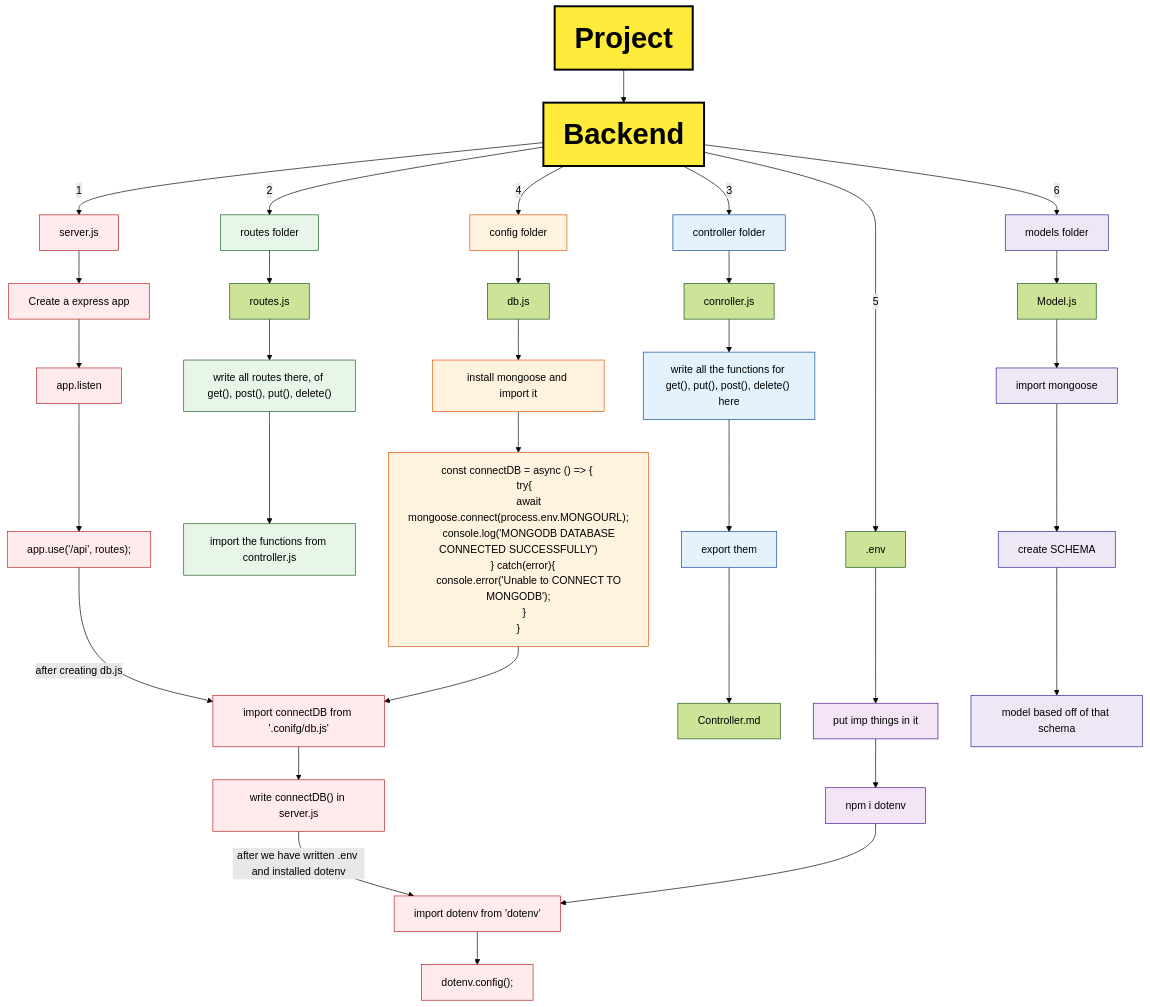
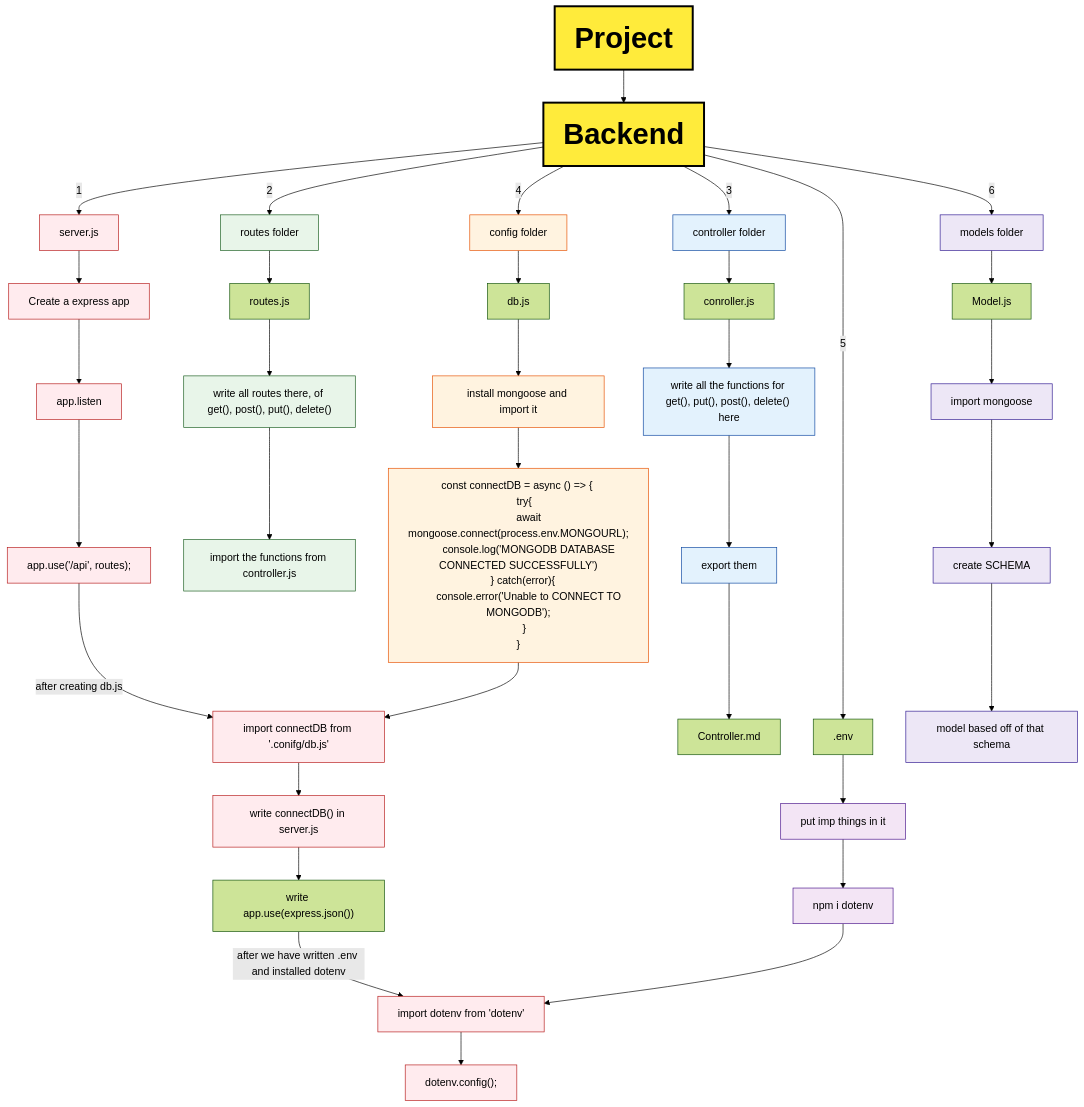
One commit to PranavsinghYeotikar/freeCodeCampMern changed the diagram in README/Workflow/Workflow.md. Above: the diagram before and after it, drawn with Mermaid (forest theme). The commit also changed 7 other files, not shown here.

````diff
--- a/README/Workflow/Workflow.md
+++ b/README/Workflow/Workflow.md
@@ -4,53 +4,70 @@
 ```mermaid
 flowchart TD
 
-A[Project] --> B[Backend] -- 1 --> C[server.js] --> D[Create a express app] --> E[app.listen] --> F["app.use('/api', routes);"] -- "after creating db.js" --> P[import connectDB from '.conifg/db.js'] --> Q["write connectDB() in server.js"] -- "after we have written .env and installed dotenv" --> T[import dotenv from 'dotenv'] --> U["dotenv.config();"]
+A[Project] --> B[Backend] -- 1 --> C[server.js] --> D[Create a express app] --> E[app.listen] --> F["app.use('/api', routes);"] -- "after creating db.js" --> P[import connectDB from '.conifg/db.js'] --> Q["write connectDB() in server.js"] --> AA["write app.use(express.json())"] -- "after we have written .env and installed dotenv" --> T[import dotenv from 'dotenv'] --> U["dotenv.config();"]
 
 B[Backend] -- 2 --> G[routes folder] --> routes.js --> H["write all routes there, of get(), post(), put(), delete()"] --> I[import the functions from controller.js]
 
 B[Backend] -- 3 --> J[controller folder] --> conroller.js --> K["write all the functions for get(), put(), post(), delete() here"] --> L[export them] --> Controller.md
 
 B[Backend] -- 4 --> M[config folder] --> db.js --> N[install mongoose and import it] 
 N[install mongoose and import it] --> O["const connectDB = async () => { 
     try{
         await mongoose.connect(process.env.MONGOURL);
         console.log('MONGODB DATABASE CONNECTED SUCCESSFULLY')
     } catch(error){ 
         console.error('Unable to CONNECT TO MONGODB');
     }
 }"] --> P
 
 B[Backend] -- 5 --> .env --> R[put imp things in it] --> S[npm i dotenv] --> T
 
 B[Backend] -- 6 --> V[models folder] --> Model.js --> W[import mongoose] --> X[create SCHEMA] --> Y[model based off of that schema]
+
+
+
+
+
+
+
+
+
+
+
+
+
+
+
+
+
 
 %% Default: Big + Bold for everyone
 classDef bigBold font-size:32px,font-weight:bold,stroke:#333,stroke-width:2px;
 
 %% Super Big for A & B
 classDef superBig font-size:44px,font-weight:bolder,stroke:#000,stroke-width:3px,fill:#ffeb3b;
 
 %% Apply classes
 class * bigBold;
 class A,B superBig;
 
 %% Section Colors (to keep contrast)
 classDef server fill:#ffebee,stroke:#b71c1c,color:#000;
 classDef routes fill:#e8f5e9,stroke:#1b5e20,color:#000;
 classDef controller fill:#e3f2fd,stroke:#0d47a1,color:#000;
 classDef config fill:#fff3e0,stroke:#e65100,color:#000;
 classDef env fill:#f3e5f5,stroke:#4a148c,color:#000;
 classDef models fill:#ede7f6,stroke:#311b92,color:#000;
 
 %% Apply colors
 class C,D,E,F,P,Q,T,U server;
 class G,H,I routes;
 class J,K,L controller;
 class M,N,O config;
 class R,S env;
 class V,W,X,Y models;
 
 %% Clickable links for schema + model
 click X "WorkflowSCHEMA.md" "Open WorkflowSCHEMA.md"
 click Y "WorkflowModel.md" "Open WorkflowModel.md"
 ```
````
